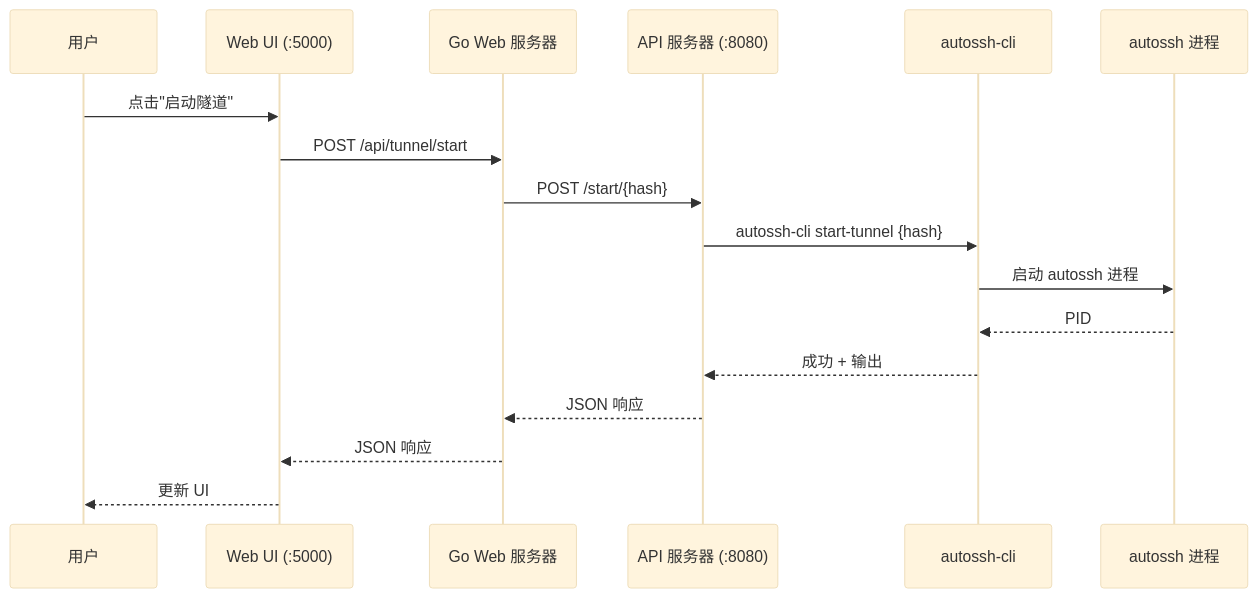
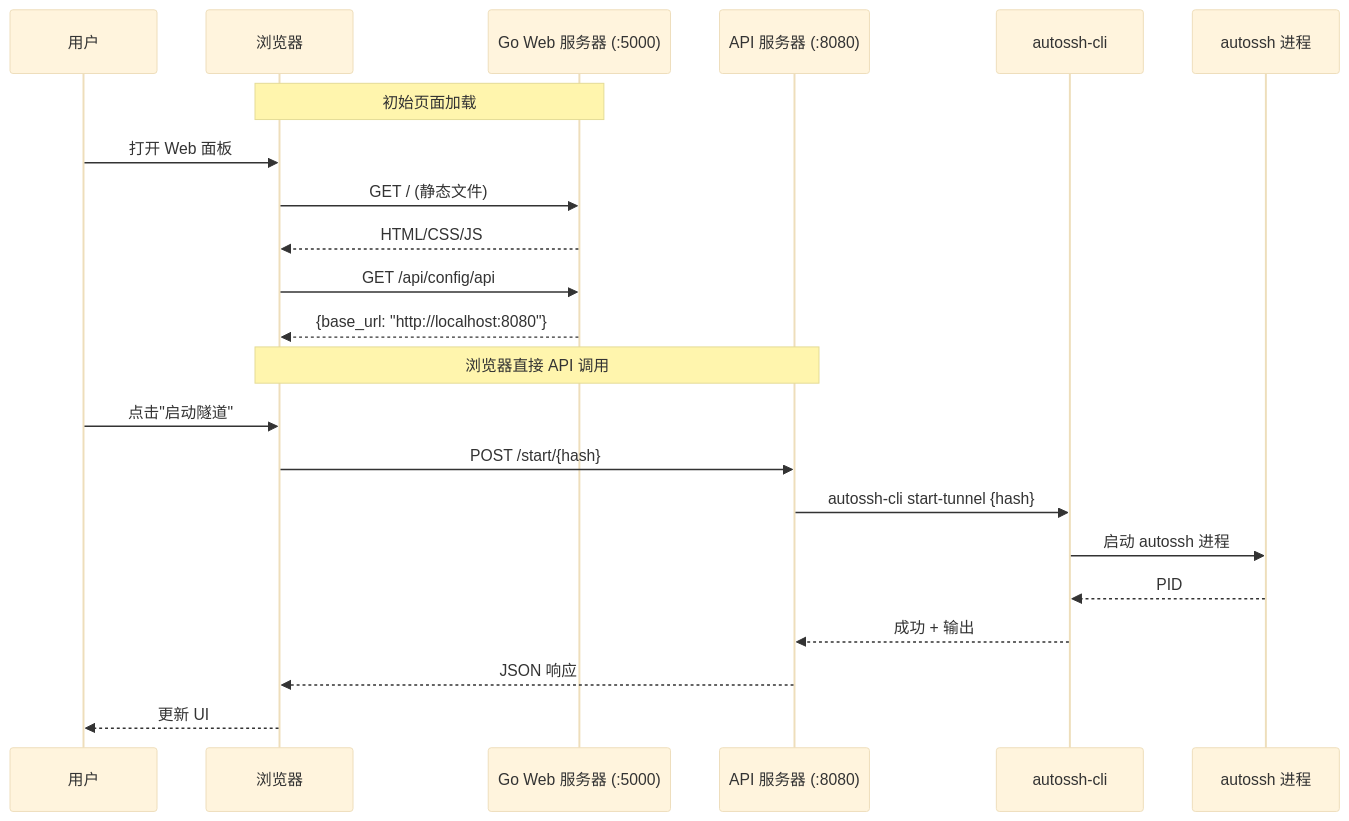
The second of 3 diagrams in docs/architecture.md (Oaklight/autossh-tunnel-dockerized), drawn with Mermaid (base theme) before and after one commit. The commit also changed other lines of this file and 1 other file, not shown here.

First line of the commit message:
docs: 更新架构和 web-panel 文档以反映直接 API 架构

````diff
--- a/docs/architecture.md
+++ b/docs/architecture.md
@@ -244,20 +260,26 @@
 ```mermaid
 sequenceDiagram
     participant User as 用户
-    participant WebUI as Web UI (:5000)
-    participant WebServer as Go Web 服务器
+    participant Browser as 浏览器
+    participant WebServer as Go Web 服务器 (:5000)
     participant API as API 服务器 (:8080)
     participant CLI as autossh-cli
     participant Tunnel as autossh 进程
 
-    User->>WebUI: 点击"启动隧道"
-    WebUI->>WebServer: POST /api/tunnel/start
-    WebServer->>API: POST /start/{hash}
+    Note over Browser,WebServer: 初始页面加载
+    User->>Browser: 打开 Web 面板
+    Browser->>WebServer: GET / (静态文件)
+    WebServer-->>Browser: HTML/CSS/JS
+    Browser->>WebServer: GET /api/config/api
+    WebServer-->>Browser: {base_url: "http://localhost:8080"}
+    
+    Note over Browser,API: 浏览器直接 API 调用
+    User->>Browser: 点击"启动隧道"
+    Browser->>API: POST /start/{hash}
     API->>CLI: autossh-cli start-tunnel {hash}
     CLI->>Tunnel: 启动 autossh 进程
     Tunnel-->>CLI: PID
     CLI-->>API: 成功 + 输出
-    API-->>WebServer: JSON 响应
-    WebServer-->>WebUI: JSON 响应
-    WebUI-->>User: 更新 UI
+    API-->>Browser: JSON 响应
+    Browser-->>User: 更新 UI
 ```
````
